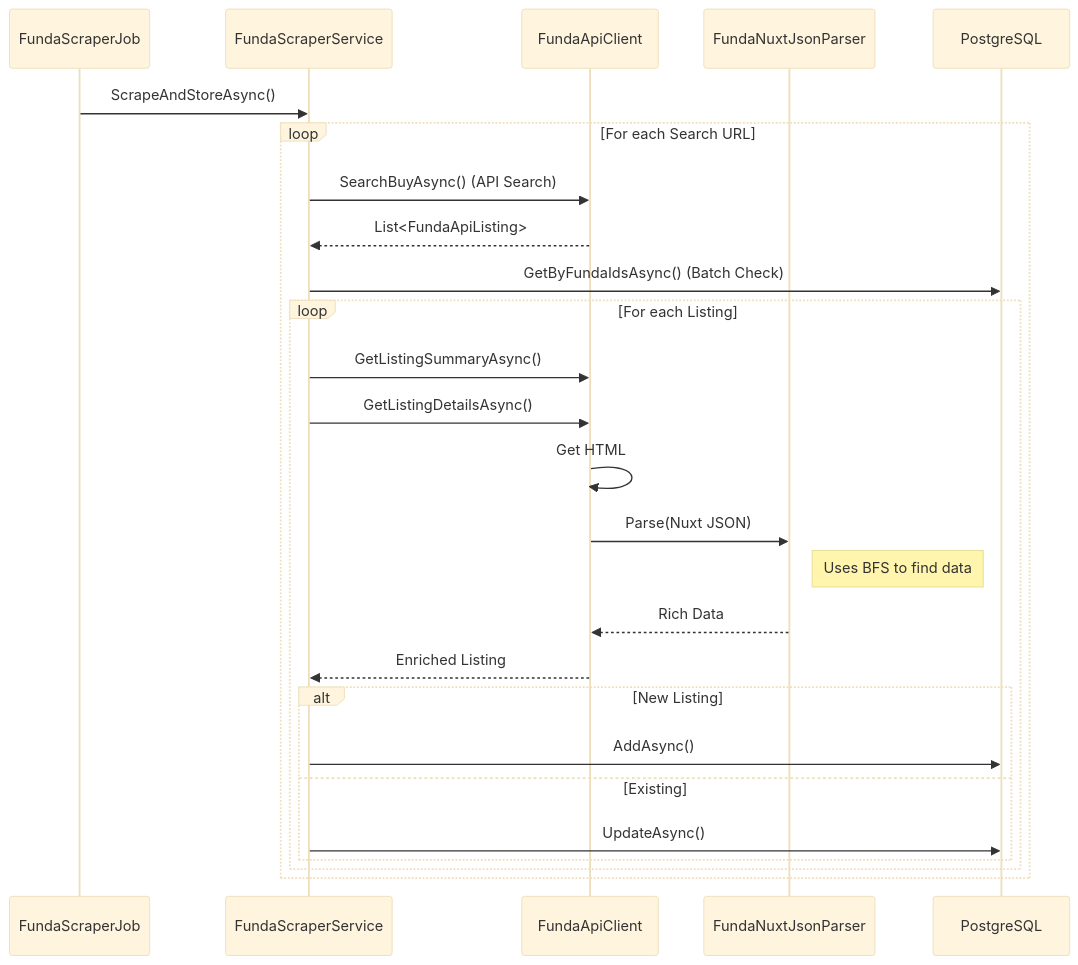
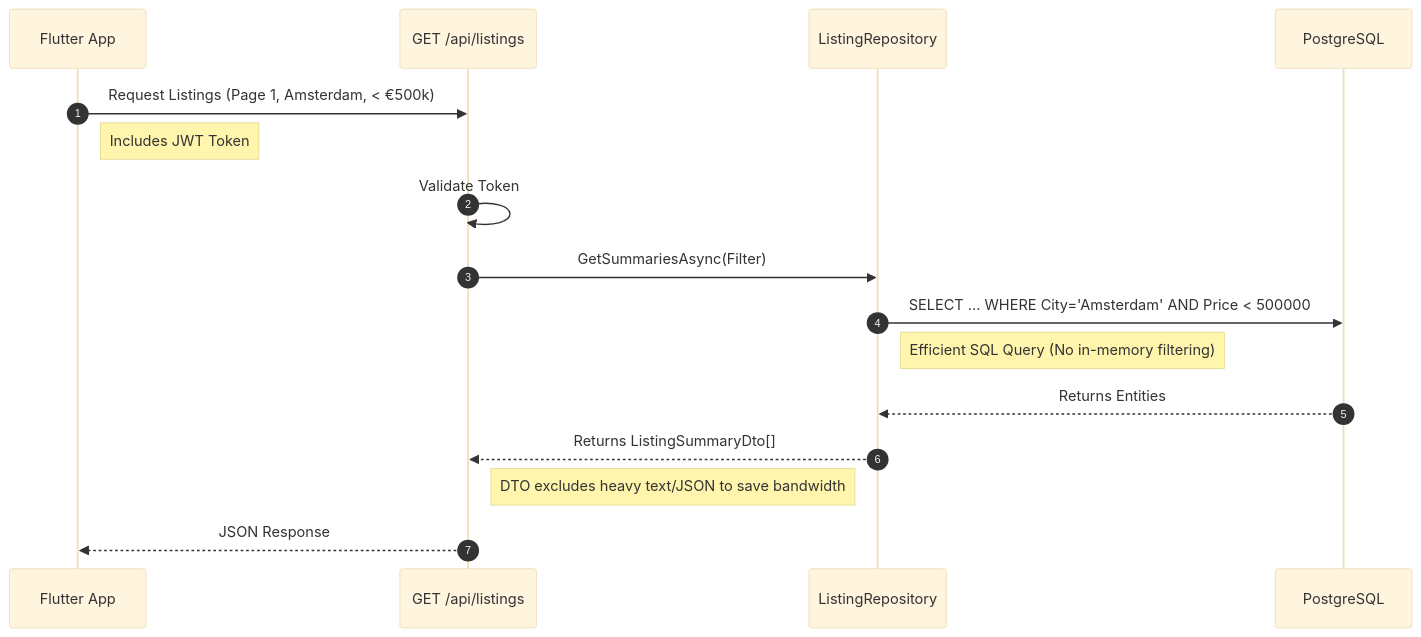
One commit to YKDBontekoe/valora changed the second of 2 diagrams in docs/onboarding.md. Above: the diagram before and after it, drawn with Mermaid (base theme). The commit also changed other lines of this file and 4 other files, not shown here.

````diff
--- a/docs/onboarding.md
+++ b/docs/onboarding.md
@@ -49,35 +91,23 @@
 ```mermaid
 sequenceDiagram
-    participant Job as FundaScraperJob
-    participant Service as FundaScraperService
-    participant API as FundaApiClient
-    participant Parser as FundaNuxtJsonParser
+    autonumber
+    participant User as Flutter App
+    participant Endpoint as GET /api/listings
+    participant Repo as ListingRepository
     participant DB as PostgreSQL
 
-    Job->>Service: ScrapeAndStoreAsync()
+    User->>Endpoint: Request Listings (Page 1, Amsterdam, < €500k)
+    Note right of User: Includes JWT Token
 
-    loop For each Search URL
-        Service->>API: SearchBuyAsync() (API Search)
-        API-->>Service: List<FundaApiListing>
+    Endpoint->>Endpoint: Validate Token
+    Endpoint->>Repo: GetSummariesAsync(Filter)
 
-        Service->>DB: GetByFundaIdsAsync() (Batch Check)
+    Repo->>DB: SELECT ... WHERE City='Amsterdam' AND Price < 500000
+    Note right of Repo: Efficient SQL Query (No in-memory filtering)
+    DB-->>Repo: Returns Entities
 
-        loop For each Listing
-            Service->>API: GetListingSummaryAsync()
-            Service->>API: GetListingDetailsAsync()
+    Repo-->>Endpoint: Returns ListingSummaryDto[]
+    Note right of Endpoint: DTO excludes heavy text/JSON to save bandwidth
 
-            API->>API: Get HTML
-            API->>Parser: Parse(Nuxt JSON)
-            Note right of Parser: Uses BFS to find data
-            Parser-->>API: Rich Data
-
-            API-->>Service: Enriched Listing
-
-            alt New Listing
-                Service->>DB: AddAsync()
-            else Existing
-                Service->>DB: UpdateAsync()
-            end
-        end
-    end
+    Endpoint-->>User: JSON Response
 ```
````
